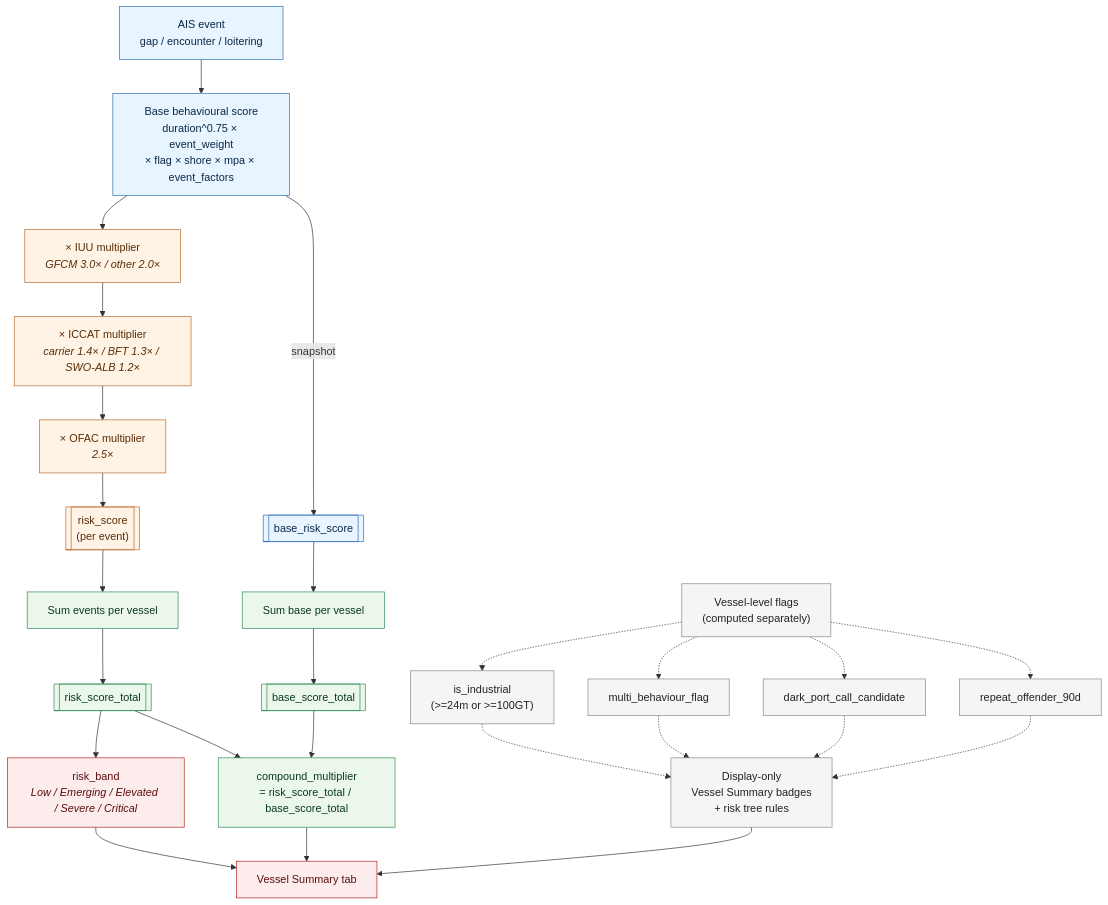
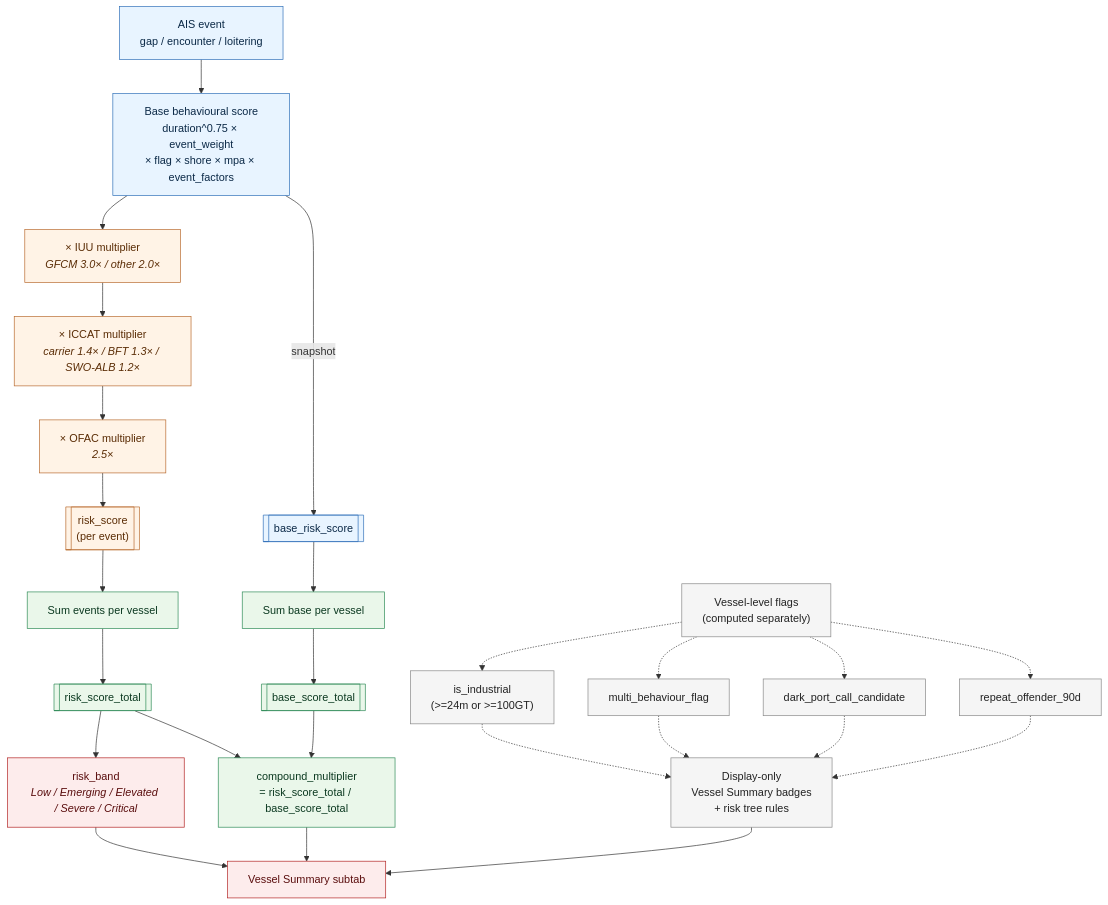
The first of 2 diagrams in handout.md (emantzoo/med-vessel-behaviour-monitor), drawn with Mermaid before and after one commit. The commit also changed other lines of this file and 9 other files, not shown here.

````diff
--- a/handout.md
+++ b/handout.md
@@ -24,41 +24,41 @@
 ```mermaid
 flowchart TD
     A["AIS event<br/>gap / encounter / loitering"] --> B["Base behavioural score<br/>duration^0.75 × event_weight<br/>× flag × shore × mpa × event_factors"]
     B -->|snapshot| C[["base_risk_score"]]
     B --> D["× IUU multiplier<br/><i>GFCM 3.0× / other 2.0×</i>"]
     D --> E["× ICCAT multiplier<br/><i>carrier 1.4× / BFT 1.3× / SWO-ALB 1.2×</i>"]
     E --> F["× OFAC multiplier<br/><i>2.5×</i>"]
     F --> G[["risk_score<br/>(per event)"]]
 
     G --> H[Sum events per vessel]
     C --> I[Sum base per vessel]
     H --> J[[risk_score_total]]
     I --> K[[base_score_total]]
     J --> L["compound_multiplier<br/>= risk_score_total / base_score_total"]
     K --> L
     J --> M["risk_band<br/><i>Low / Emerging / Elevated / Severe / Critical</i>"]
 
     N["Vessel-level flags<br/>(computed separately)"] -.-> N1["is_industrial<br/>(>=24m or >=100GT)"]
     N -.-> O[multi_behaviour_flag]
     N -.-> P[dark_port_call_candidate]
     N -.-> Q[repeat_offender_90d]
     N1 -.-> R["Display-only<br/>Vessel Summary badges<br/>+ risk tree rules"]
     O -.-> R
     P -.-> R
     Q -.-> R
 
-    M --> S[Vessel Summary tab]
+    M --> S[Vessel Summary subtab]
     L --> S
     R --> S
 
     classDef behav fill:#e8f4ff,stroke:#2e6fb8,color:#0b2947
     classDef compliance fill:#fff3e6,stroke:#b86a2e,color:#5a2c05
     classDef agg fill:#eaf7ea,stroke:#2e8b57,color:#0b3920
     classDef band fill:#fdecec,stroke:#b22222,color:#5a0e0e
     classDef flag fill:#f5f5f5,stroke:#888,color:#222
     class A,B,C behav
     class D,E,F,G compliance
     class H,I,J,K,L agg
     class M,S band
     class N,N1,O,P,Q,R flag
 ```
````
